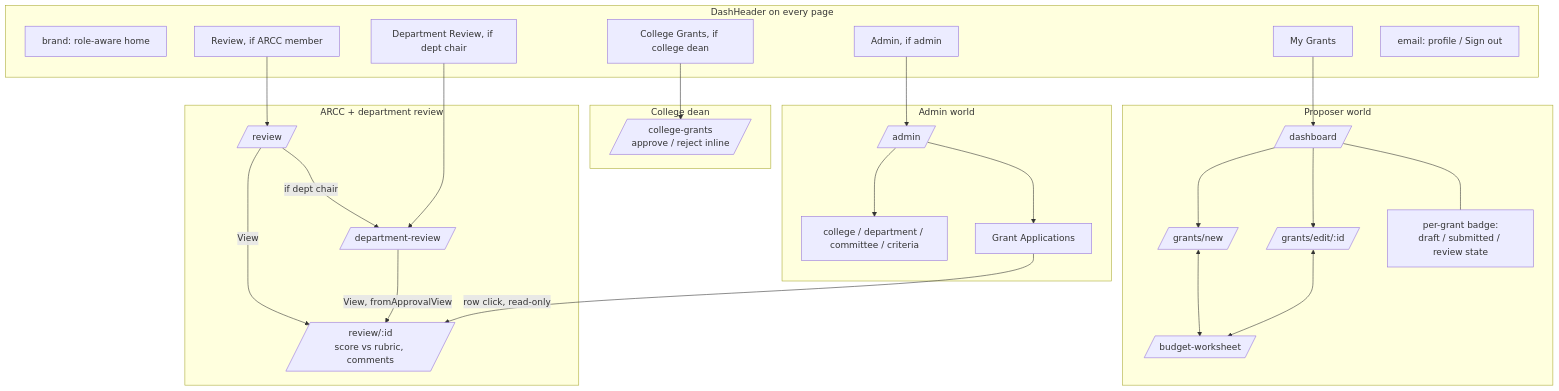
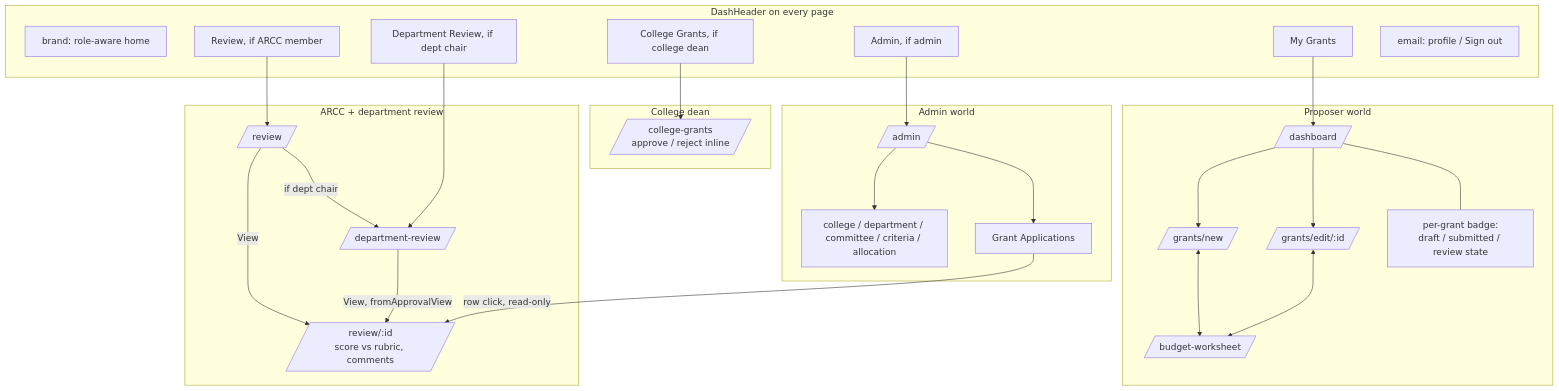
The fifth of 7 diagrams in docs/architecture.md (jayantiacharya/grant-management-system), drawn with Mermaid before and after one commit. The commit also changed other lines of this file and 4 other files, not shown here.

First line of the commit message:
docs: sync architecture, requirements, data-model for review, dean, and allocation work

````diff
--- a/docs/architecture.md
+++ b/docs/architecture.md
@@ -281,42 +285,42 @@
 ```mermaid
 flowchart TD
     subgraph header [DashHeader on every page]
         H1[brand: role-aware home]
         H2[My Grants]
         H3[Review, if ARCC member]
         H4[Department Review, if dept chair]
         H5[College Grants, if college dean]
         H6[Admin, if admin]
         H7[email: profile / Sign out]
     end
 
     subgraph proposer [Proposer world]
         D[/dashboard/] --> N[/grants/new/]
         D --> E[/grants/edit/:id/]
         N <--> B[/budget-worksheet/]
         E <--> B
         D --- BADGE[per-grant badge:<br/>draft / submitted / review state]
     end
 
     subgraph arcc [ARCC + department review]
         R[/review/] -->|View| RD[/"review/:id<br/>score vs rubric, comments"/]
         R -->|if dept chair| DR[/department-review/]
         DR -->|View, fromApprovalView| RD
     end
 
     subgraph dean [College dean]
         CG[/"college-grants<br/>approve / reject inline"/]
     end
 
     subgraph admin [Admin world]
-        A[/admin/] --> MGMT[college / department / committee / criteria]
+        A[/admin/] --> MGMT[college / department / committee / criteria / allocation]
         A --> GL[Grant Applications]
         GL -->|row click, read-only| RD
     end
 
     H3 --> R
     H4 --> DR
     H5 --> CG
     H6 --> A
     H2 --> D
 ```
````
